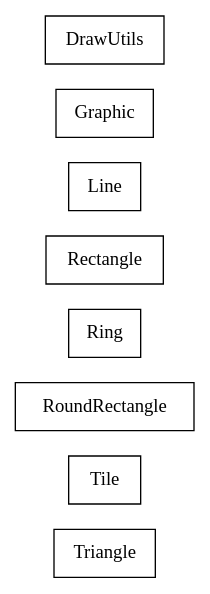
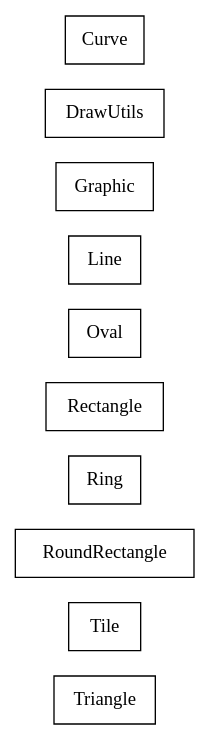
The diagram in docs/com/sekati/draw/classes.dot (sekati/sasapi), drawn with Graphviz before and after one commit. The commit also changed 47 other files, not shown here.

```diff
--- a/docs/com/sekati/draw/classes.dot
+++ b/docs/com/sekati/draw/classes.dot
@@ -1,51 +1,63 @@
 strict digraph class_diagram {
   rankdir=LR;
   TypeTriangle[
     label="Triangle",
     URL="Triangle.html",
     tooltip="com.sekati.draw.Triangle",
     shape="record"
   ];
   TypeTile[
     label="Tile",
     URL="Tile.html",
     tooltip="com.sekati.draw.Tile",
     shape="record"
   ];
   TypeRoundRectangle[
     label="RoundRectangle",
     URL="RoundRectangle.html",
     tooltip="com.sekati.draw.RoundRectangle",
     shape="record"
   ];
   TypeRing[
     label="Ring",
     URL="Ring.html",
     tooltip="com.sekati.draw.Ring",
     shape="record"
   ];
   TypeRectangle[
     label="Rectangle",
     URL="Rectangle.html",
     tooltip="com.sekati.draw.Rectangle",
     shape="record"
   ];
+  TypeOval[
+    label="Oval",
+    URL="Oval.html",
+    tooltip="com.sekati.draw.Oval",
+    shape="record"
+  ];
   TypeLine[
     label="Line",
     URL="Line.html",
     tooltip="com.sekati.draw.Line",
     shape="record"
   ];
   TypeGraphic[
     label="Graphic",
     URL="Graphic.html",
     tooltip="com.sekati.draw.Graphic",
     shape="record"
   ];
   TypeDrawUtils[
     label="DrawUtils",
     URL="DrawUtils.html",
     tooltip="com.sekati.draw.DrawUtils",
     shape="record"
   ];
+  TypeCurve[
+    label="Curve",
+    URL="Curve.html",
+    tooltip="com.sekati.draw.Curve",
+    shape="record"
+  ];
 }
```
